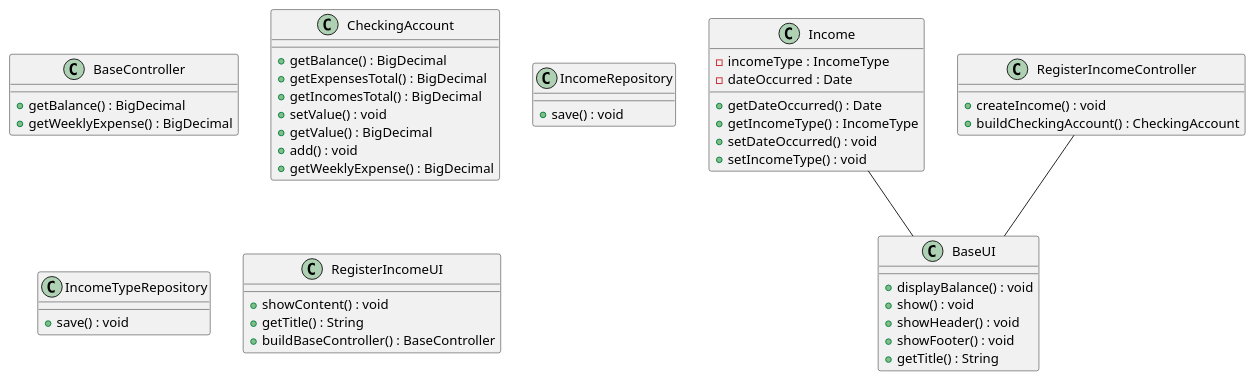
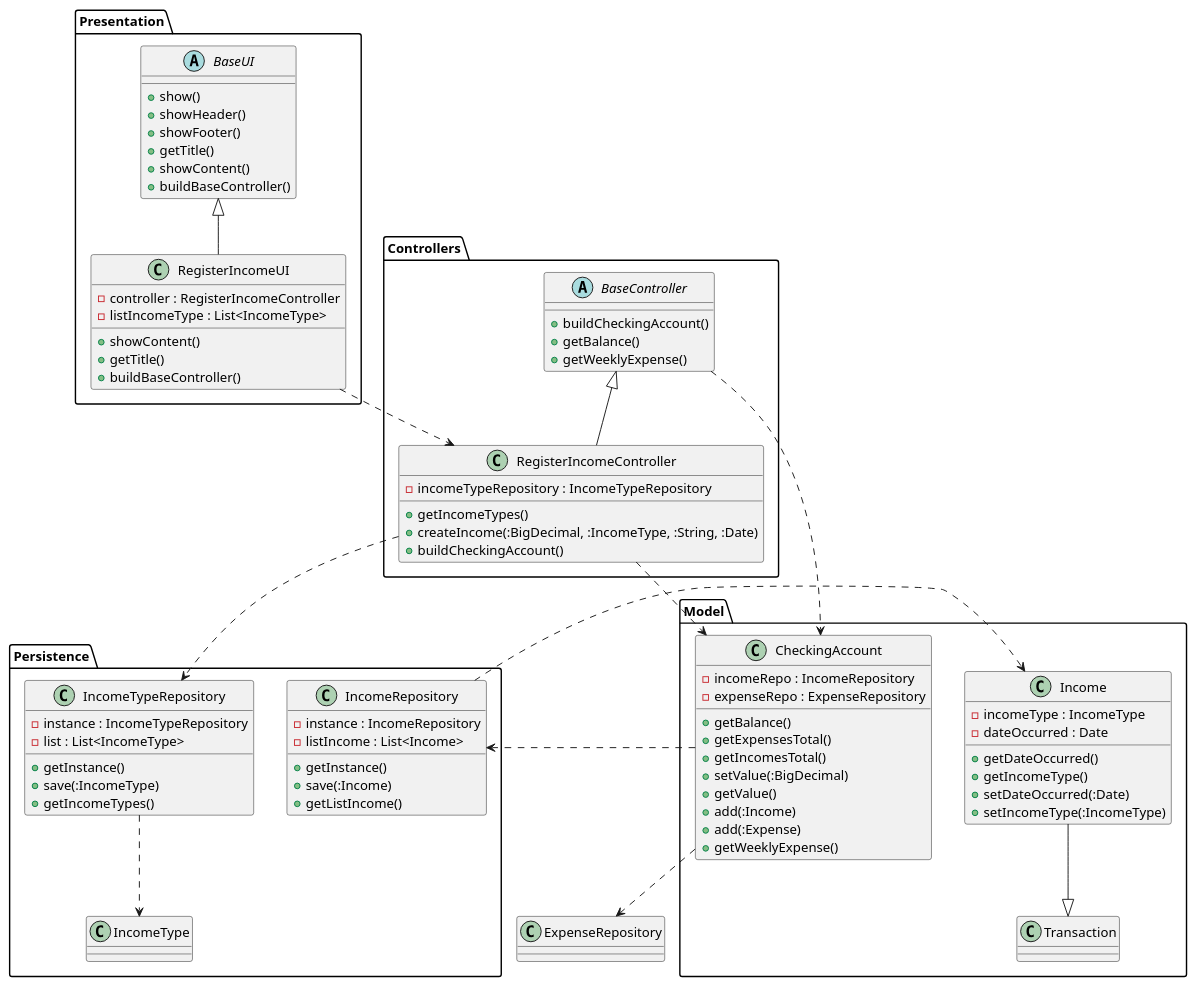
Before and after one commit to sh4r10/thesis-autogen-classdiagrams: the diagram in artefacts/controlled-experiment/project-3/t1-haf.puml, drawn with PlantUML. The commit also changed other lines of this file and 171 other files, not shown here.

```diff
--- a/artefacts/controlled-experiment/project-3/t1-haf.puml
+++ b/artefacts/controlled-experiment/project-3/t1-haf.puml
@@ -1,48 +1,95 @@
 @startuml
-class BaseController {
-    +getBalance() : BigDecimal
-    +getWeeklyExpense() : BigDecimal
-}
-class BaseUI {
-    +displayBalance() : void
-    +show() : void
-    +showHeader() : void
-    +showFooter() : void
-    +getTitle() : String
-}
-class CheckingAccount {
-    +getBalance() : BigDecimal
-    +getExpensesTotal() : BigDecimal
-    +getIncomesTotal() : BigDecimal
-    +setValue() : void
-    +getValue() : BigDecimal
-    +add() : void
-    +getWeeklyExpense() : BigDecimal
-}
-class Income {
-    -incomeType : IncomeType
-    -dateOccurred : Date
-    +getDateOccurred() : Date
-    +getIncomeType() : IncomeType
-    +setDateOccurred() : void
-    +setIncomeType() : void
-}
-class IncomeRepository {
-    +save() : void
-}
-class IncomeTypeRepository {
-    +save() : void
-}
-class RegisterIncomeController {
-    +createIncome() : void
-    +buildCheckingAccount() : CheckingAccount
-}
-class RegisterIncomeUI {
-    +showContent() : void
-    +getTitle() : String
-    +buildBaseController() : BaseController
+
+package Controllers {
+    abstract class BaseController {
+        + buildCheckingAccount() 
+        + getBalance() 
+        + getWeeklyExpense() 
+    }
+
+    class RegisterIncomeController {
+        - incomeTypeRepository : IncomeTypeRepository
+        + getIncomeTypes() 
+        + createIncome(:BigDecimal, :IncomeType, :String, :Date) 
+        + buildCheckingAccount() 
+    }
+
+    BaseController <|-- RegisterIncomeController
 }
 
-RegisterIncomeController -- BaseUI
-Income -- BaseUI
+package Presentation {
+    abstract class BaseUI {
+        + show() 
+        + showHeader() 
+        + showFooter() 
+        + getTitle() 
+        + showContent() 
+        + buildBaseController() 
+    }
+
+    class RegisterIncomeUI {
+        - controller : RegisterIncomeController
+        - listIncomeType : List<IncomeType>
+        + showContent() 
+        + getTitle() 
+        + buildBaseController() 
+    }
+
+    BaseUI <|-- RegisterIncomeUI
+}
+
+package Model {
+    class CheckingAccount {
+        - incomeRepo : IncomeRepository
+        - expenseRepo : ExpenseRepository
+        + getBalance() 
+        + getExpensesTotal() 
+        + getIncomesTotal() 
+        + setValue(:BigDecimal) 
+        + getValue() 
+        + add(:Income) 
+        + add(:Expense) 
+        + getWeeklyExpense() 
+    }
+
+    class Income {
+        - incomeType : IncomeType
+        - dateOccurred : Date
+        + getDateOccurred() 
+        + getIncomeType() 
+        + setDateOccurred(:Date) 
+        + setIncomeType(:IncomeType) 
+    }
+
+    Income --|> Transaction
+}
+
+package Persistence {
+    class IncomeRepository {
+        - instance : IncomeRepository
+        - listIncome : List<Income>
+        + getInstance() 
+        + save(:Income) 
+        + getListIncome() 
+    }
+
+    class IncomeTypeRepository {
+        - instance : IncomeTypeRepository
+        - list : List<IncomeType>
+        + getInstance() 
+        + save(:IncomeType) 
+        + getIncomeTypes() 
+    }
+
+    IncomeRepository ..> Income
+    IncomeTypeRepository ..> IncomeType
+}
+
+BaseController ..> CheckingAccount
+RegisterIncomeController ..> IncomeTypeRepository
+RegisterIncomeController ..> CheckingAccount
+RegisterIncomeUI ..> RegisterIncomeController
+CheckingAccount ..> IncomeRepository
+CheckingAccount ..> ExpenseRepository
+
 @enduml
```
